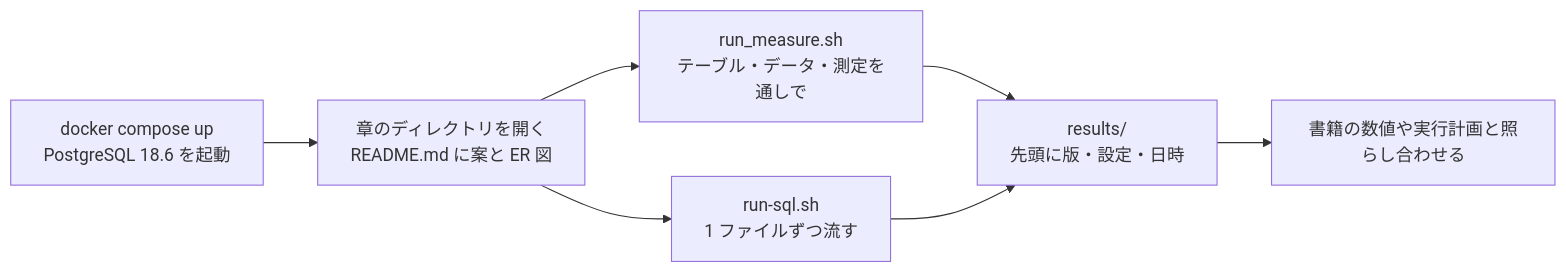
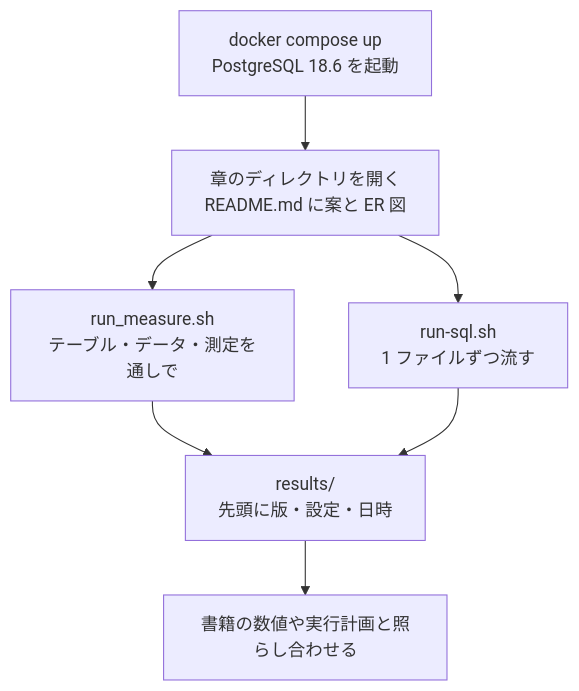
The diagram in README.md (driftnode986/postgresql-db-design-samples), drawn with Mermaid before and after one commit. The commit also changed other lines of this file and 15 other files, not shown here.

First line of the commit message:
docs: 設計案の構成図を縦並びにし、幅の広い ER 図を分けて、GitHub で縮まない大きさにする

````diff
--- a/README.md
+++ b/README.md
@@ -37,9 +37,9 @@
 ```mermaid
-flowchart LR
+flowchart TD
   U["docker compose up<br/>PostgreSQL 18.6 を起動"] --> CH["章のディレクトリを開く<br/>README.md に案と ER 図"]
   CH --> RM["run_measure.sh<br/>テーブル・データ・測定を通しで"]
   RM --> RS["results/<br/>先頭に版・設定・日時"]
   RS --> BK["書籍の数値や実行計画と照らし合わせる"]
   CH --> ONE["run-sql.sh<br/>1 ファイルずつ流す"]
   ONE --> RS
 ```
````
